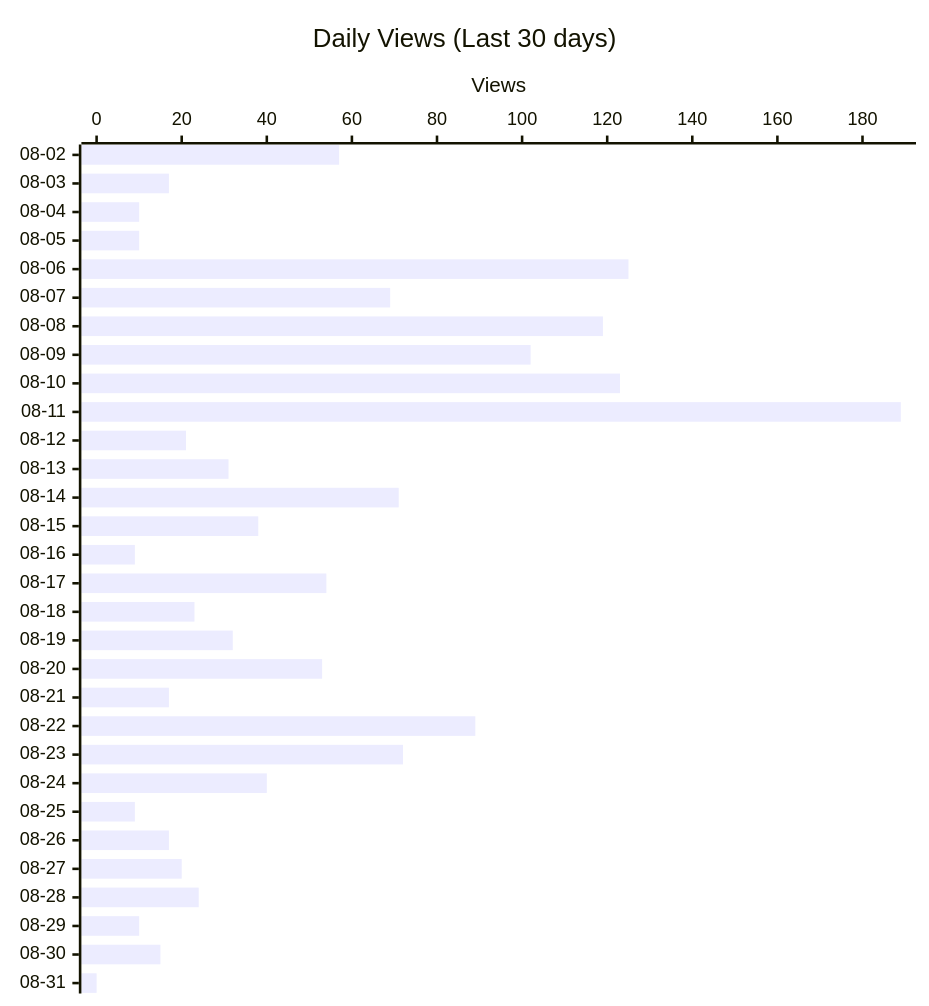
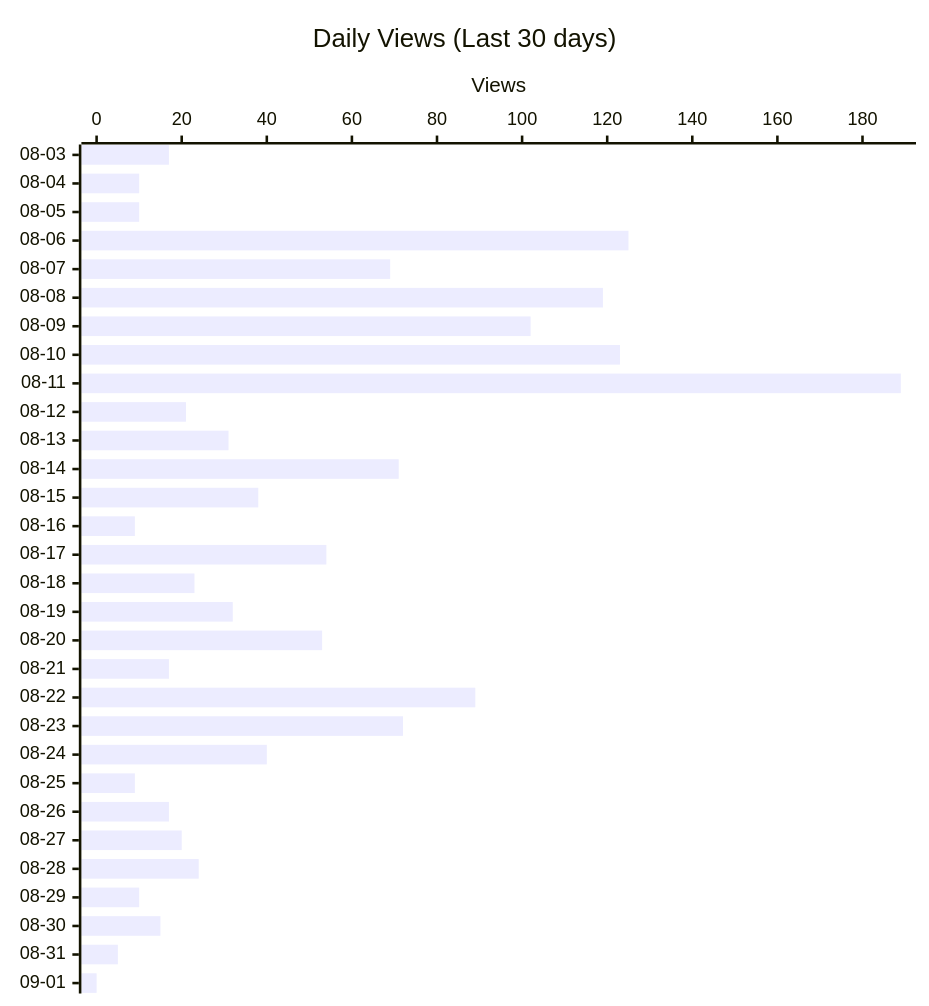
Before and after one commit to shigechika/github-insights: the second of 4 diagrams in README.md, drawn with Mermaid. The commit also changed other lines of this file and 2 other files, not shown here.

````diff
--- a/README.md
+++ b/README.md
@@ -28,12 +28,12 @@
 ```mermaid
 ---
 config:
   xyChart:
     height: 760
 ---
 xychart-beta horizontal
     title "Daily Views (Last 30 days)"
-    x-axis ["08-02", "08-03", "08-04", "08-05", "08-06", "08-07", "08-08", "08-09", "08-10", "08-11", "08-12", "08-13", "08-14", "08-15", "08-16", "08-17", "08-18", "08-19", "08-20", "08-21", "08-22", "08-23", "08-24", "08-25", "08-26", "08-27", "08-28", "08-29", "08-30", "08-31"]
+    x-axis ["08-03", "08-04", "08-05", "08-06", "08-07", "08-08", "08-09", "08-10", "08-11", "08-12", "08-13", "08-14", "08-15", "08-16", "08-17", "08-18", "08-19", "08-20", "08-21", "08-22", "08-23", "08-24", "08-25", "08-26", "08-27", "08-28", "08-29", "08-30", "08-31", "09-01"]
     y-axis "Views"
-    bar [57, 17, 10, 10, 125, 69, 119, 102, 123, 189, 21, 31, 71, 38, 9, 54, 23, 32, 53, 17, 89, 72, 40, 9, 17, 20, 24, 10, 15, 0]
+    bar [17, 10, 10, 125, 69, 119, 102, 123, 189, 21, 31, 71, 38, 9, 54, 23, 32, 53, 17, 89, 72, 40, 9, 17, 20, 24, 10, 15, 5, 0]
 ```
````
